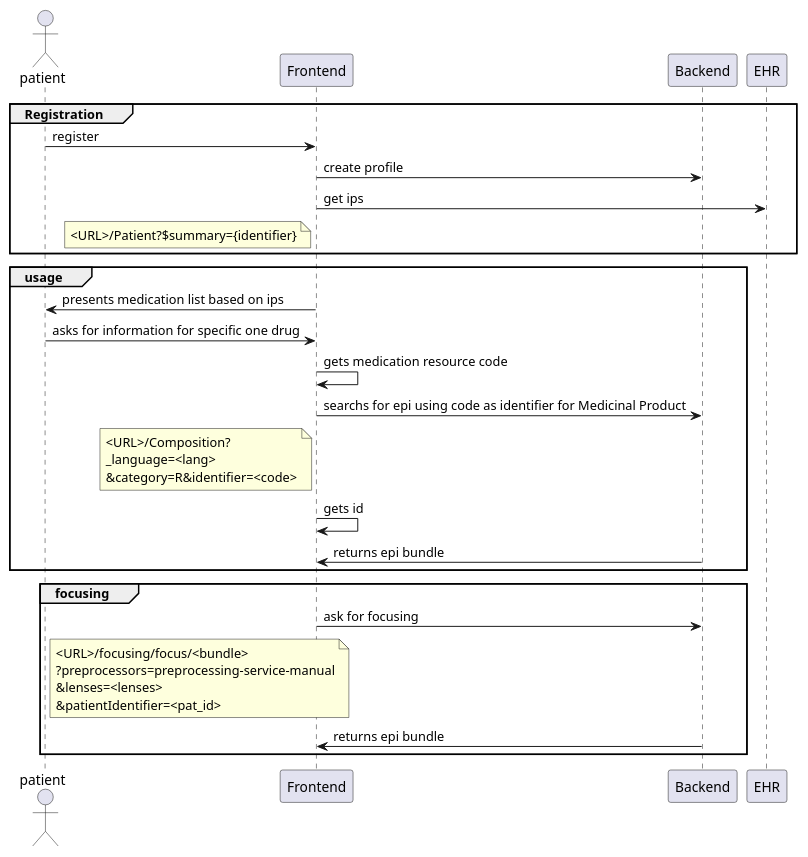
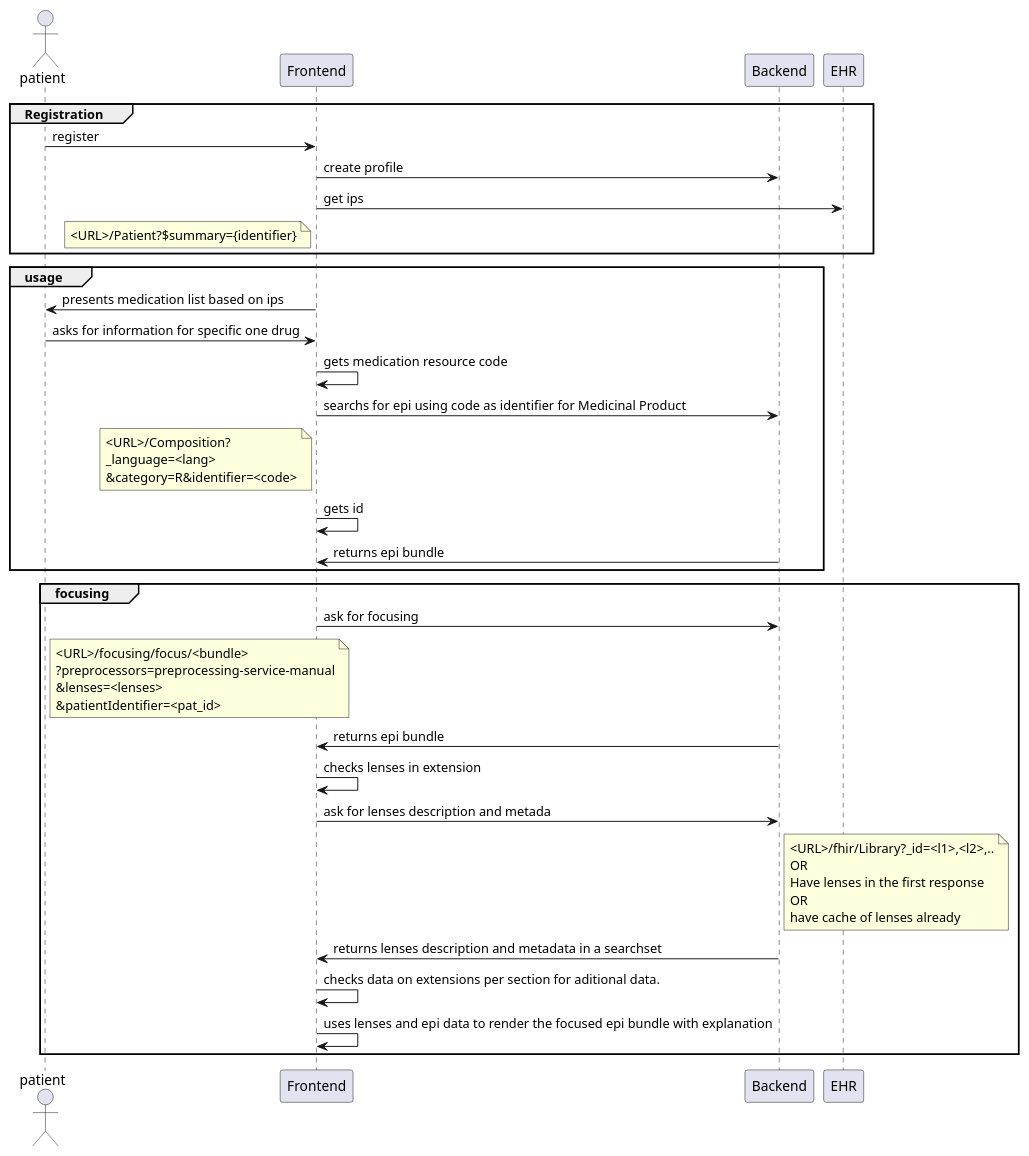
The diagram in input/images-source/workflow-project.plantuml (hl7-eu/gravitate-health), drawn with PlantUML before and after one commit. The commit also changed 4 other files, not shown here.

```diff
--- a/input/images-source/workflow-project.plantuml
+++ b/input/images-source/workflow-project.plantuml
@@ -1,61 +1,78 @@
 @startuml
 actor       patient       as pat
 
 participant Frontend as fe
 participant Backend as be
 participant EHR as ehr
 /'
 actor       Physician       as phy
 
 boundary    Boundary    as Foo2
 control     Control     as Foo3
 entity      Entity      as Foo4
 collections Collections as Foo6
 queue       Queue       as Foo7
 Foo -> Foo5 : To database
 Foo -> Foo6 : To collections
 Foo -> Foo7: To queue
 database    MPI    as mpi
 
 '/
 /'phy -> ehr : add information across several appointments
 '/
 group Registration
 
 pat -> fe : register
 fe -> be : create profile
 fe -> ehr : get ips 
 note left of fe : <URL>/Patient?$summary={identifier}
 
 end
 
 
 group usage
 fe -> pat: presents medication list based on ips
 pat -> fe : asks for information for specific one drug
 fe -> fe : gets medication resource code
 fe -> be: searchs for epi using code as identifier for Medicinal Product
 note left of fe
  <URL>/Composition?
  _language=<lang>
  &category=R&identifier=<code>
  end note
 fe -> fe: gets id
 be -> fe: returns epi bundle
 
 end
 
 group focusing
 fe -> be: ask for focusing
 note right of pat 
 <URL>/focusing/focus/<bundle>
 ?preprocessors=preprocessing-service-manual
 &lenses=<lenses>
 &patientIdentifier=<pat_id>
 end note
 
 be -> fe: returns epi bundle
 
 
+
+fe -> fe: checks lenses in extension
+fe -> be: ask for lenses description and metada
+note right of be
+<URL>/fhir/Library?_id=<l1>,<l2>,..
+OR 
+Have lenses in the first response
+OR
+have cache of lenses already
+end note
+be -> fe: returns lenses description and metadata in a searchset
+fe -> fe: checks data on extensions per section for aditional data.
+
+
+fe -> fe: uses lenses and epi data to render the focused epi bundle with explanation
+
+
 end
 @enduml
```
